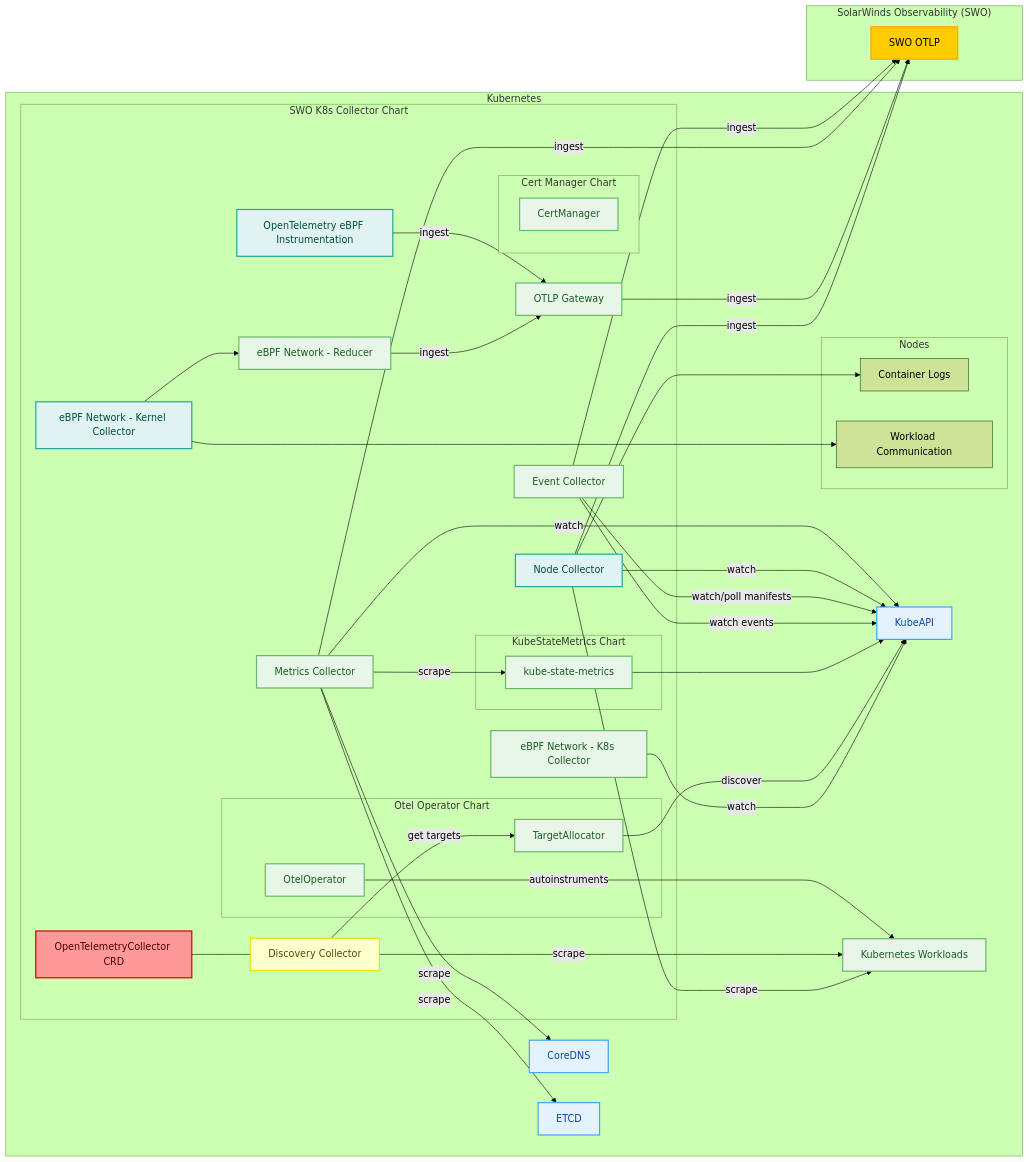
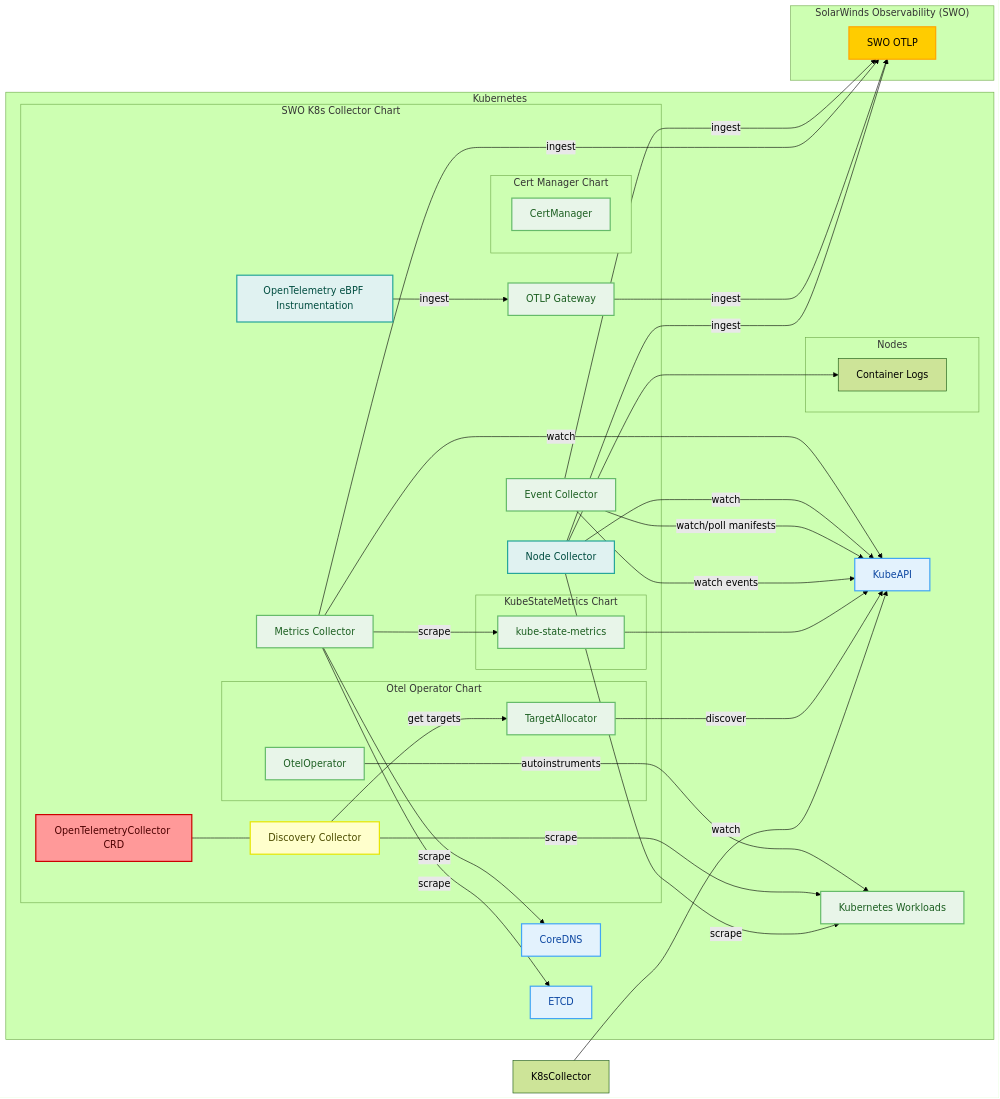
One commit to solarwinds/swi-k8s-opentelemetry-collector changed the diagram in deploy/helm/README.md. Above: the diagram before and after it, drawn with Mermaid (forest theme). The commit also changed other lines of this file, not shown here.

Commit message:
Update helm doc - Add OBI, remove eBPF

```diff
--- a/deploy/helm/README.md
+++ b/deploy/helm/README.md
@@ -46,9 +46,6 @@
         MetricsCollector["Metrics Collector"]:::deployment
         DiscoveryCollector["Discovery Collector"]:::statefulset
         EventCollector["Event Collector"]:::deployment
-        Reducer["eBPF Network - Reducer"]:::deployment
-        K8sCollector["eBPF Network - K8s Collector"]:::deployment
-        KernelCollector["eBPF Network - Kernel Collector"]:::daemonset
         OBI["OpenTelemetry eBPF Instrumentation"]:::daemonset
         Gateway["OTLP Gateway"]:::deployment
 
@@ -62,7 +59,6 @@
 
     subgraph "Nodes" 
         WorkloadLogs["Container Logs"]
-        eBPF["Workload Communication"]
     end
 end
 
@@ -73,8 +69,6 @@
 end
 
 %% Connections explicitly via SWO Interface
-KernelCollector --> Reducer
-KernelCollector --> eBPF
 NodeCollector --> |"scrape"| PrometheusWorkloads
 DiscoveryCollector --> |"scrape"| PrometheusWorkloads
 OtelOperator---> |"autoinstruments"| PrometheusWorkloads
@@ -86,7 +80,6 @@
 KubeStateMetrics --> KubeAPI
 
 %% Gateway connections
-Reducer --> |"ingest"| Gateway
 OBI --> |"ingest"| Gateway
 Gateway --> |"ingest"| SWO_Interface
 
```
